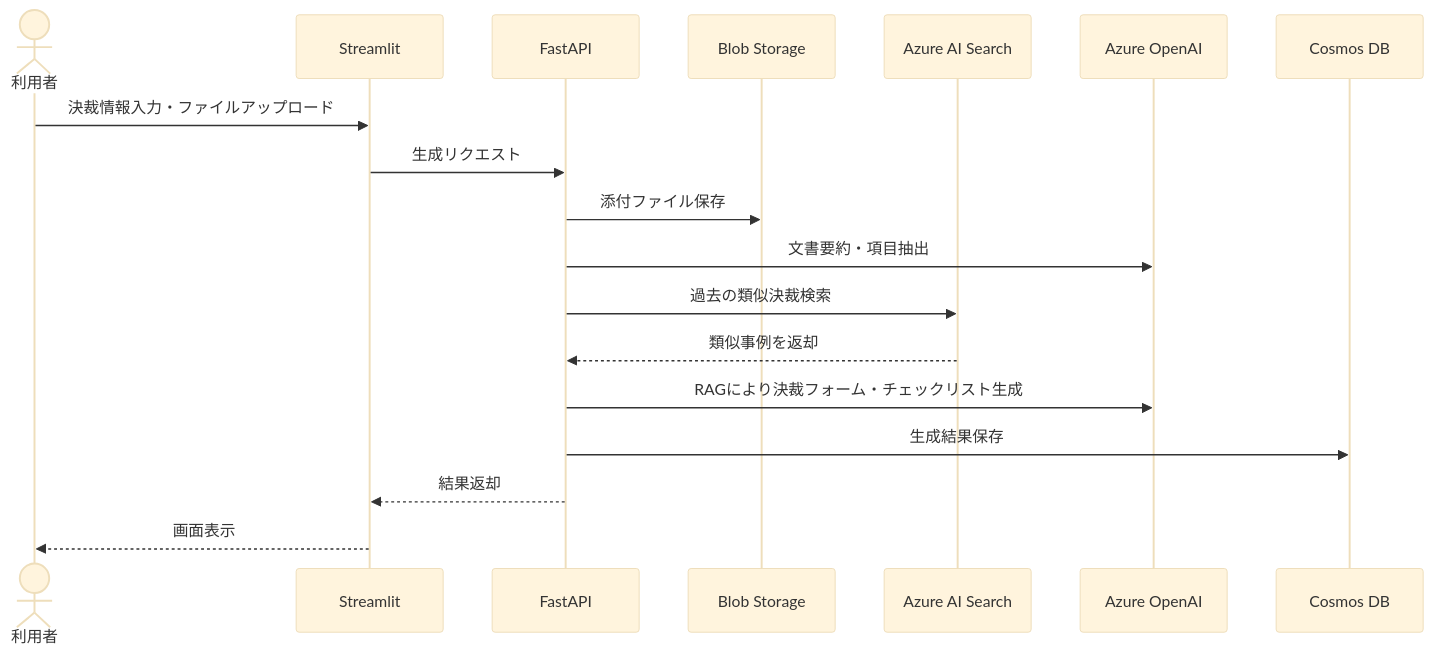
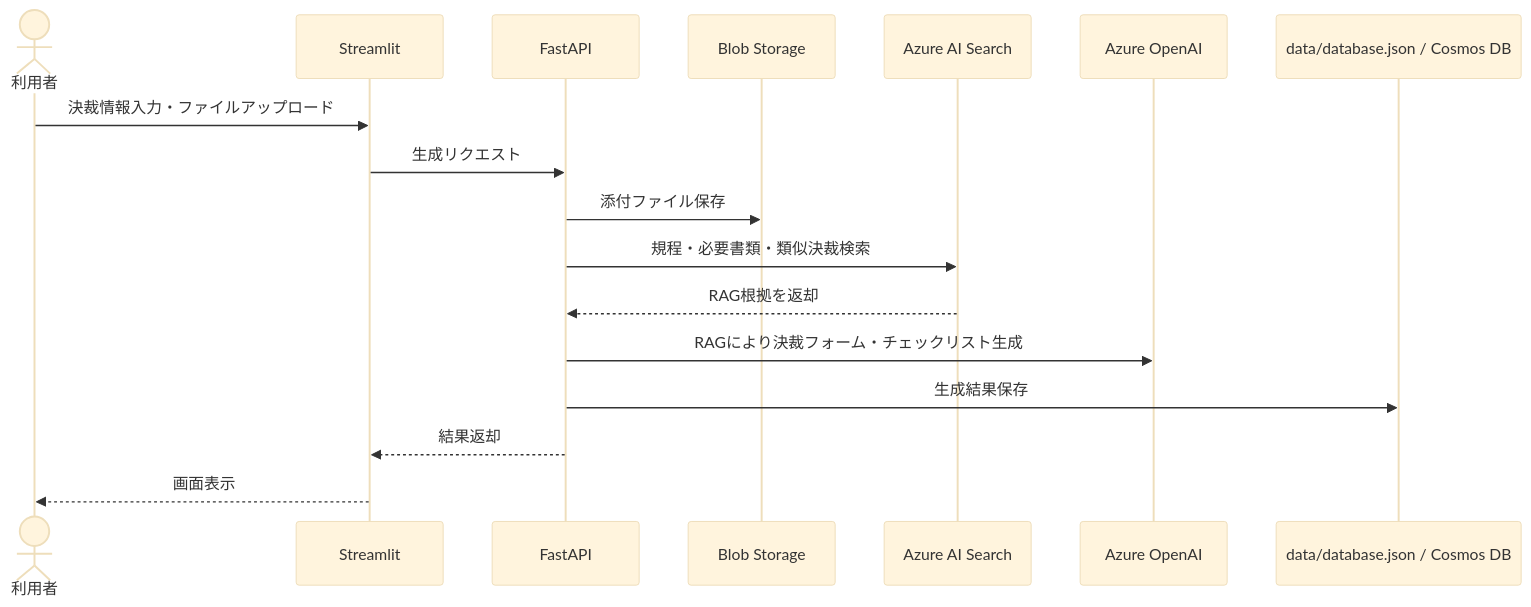
Before and after one commit to intaegi/ai_assist_project: the second of 3 diagrams in docs/decision_rag_presentation_outline_ja.md, drawn with Mermaid (base theme). The commit also changed other lines of this file and 10 other files, not shown here.

Commit message:
Align UI sections and update RAG flow docs

````diff
--- a/docs/decision_rag_presentation_outline_ja.md
+++ b/docs/decision_rag_presentation_outline_ja.md
@@ -44,21 +44,20 @@
 ```mermaid
 sequenceDiagram
     actor U as 利用者
     participant S as Streamlit
     participant F as FastAPI
     participant B as Blob Storage
     participant A as Azure AI Search
     participant O as Azure OpenAI
-    participant C as Cosmos DB
+    participant C as data/database.json / Cosmos DB
 
     U->>S: 決裁情報入力・ファイルアップロード
     S->>F: 生成リクエスト
     F->>B: 添付ファイル保存
-    F->>O: 文書要約・項目抽出
-    F->>A: 過去の類似決裁検索
-    A-->>F: 類似事例を返却
+    F->>A: 規程・必要書類・類似決裁検索
+    A-->>F: RAG根拠を返却
     F->>O: RAGにより決裁フォーム・チェックリスト生成
     F->>C: 生成結果保存
     F-->>S: 結果返却
     S-->>U: 画面表示
 ```
````
